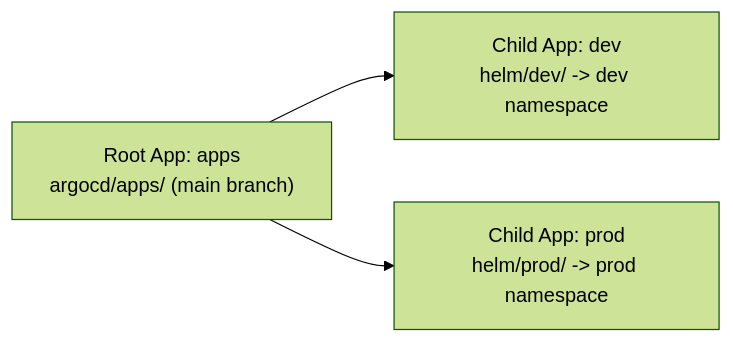
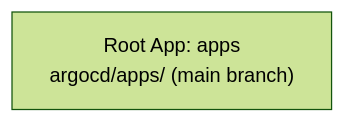
One commit to minhntt1/local-infra changed the diagram in argocd/README.md. Above: the diagram before and after it, drawn with Mermaid (forest theme). The commit also changed other lines of this file, not shown here.

Commit message:
docs: remove dev/prod application details from ArgoCD README

````diff
--- a/argocd/README.md
+++ b/argocd/README.md
@@ -7,5 +7,4 @@
 ```mermaid
 flowchart LR
-    ROOT["Root App: apps\nargocd/apps/ (main branch)"] --> DEV["Child App: dev\nhelm/dev/ -> dev namespace"]
-    ROOT --> PROD["Child App: prod\nhelm/prod/ -> prod namespace"]
+    ROOT["Root App: apps\nargocd/apps/ (main branch)"]
 ```
````
